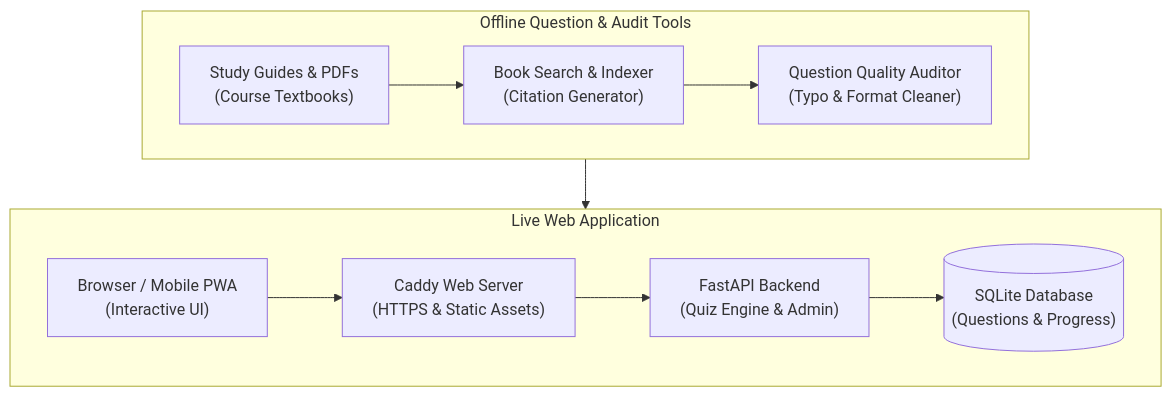
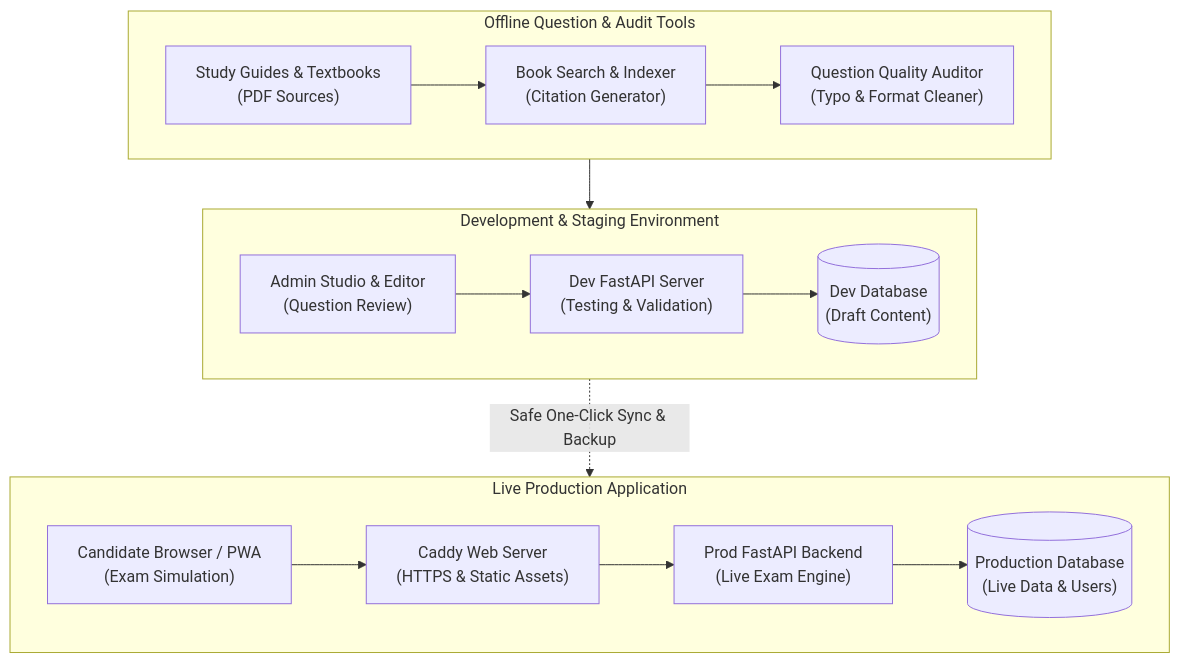
Before and after one commit to jyothisthaliath/omni-quiz: the diagram in README.md, drawn with Mermaid.

Commit message:
Add DEV staging environment and sync pipeline to architecture diagram

````diff
--- a/README.md
+++ b/README.md
@@ -187,12 +187,19 @@
 ```mermaid
 flowchart TB
-    subgraph App["Live Web Application"]
+    subgraph Dev["Development & Staging Environment"]
         direction LR
-        Client["Browser / Mobile PWA<br/>(Interactive UI)"] --> Proxy["Caddy Web Server<br/>(HTTPS & Static Assets)"] --> Server["FastAPI Backend<br/>(Quiz Engine & Admin)"] --> DB[("SQLite Database<br/>(Questions & Progress)")]
+        Admin["Admin Studio & Editor<br/>(Question Review)"] --> DevServer["Dev FastAPI Server<br/>(Testing & Validation)"] --> DevDB[("Dev Database<br/>(Draft Content)")]
     end
 
     subgraph Tools["Offline Question & Audit Tools"]
         direction LR
-        Sources["Study Guides & PDFs<br/>(Course Textbooks)"] --> Indexer["Book Search & Indexer<br/>(Citation Generator)"] --> Auditor["Question Quality Auditor<br/>(Typo & Format Cleaner)"] --> DB
+        Sources["Study Guides & Textbooks<br/>(PDF Sources)"] --> Indexer["Book Search & Indexer<br/>(Citation Generator)"] --> Auditor["Question Quality Auditor<br/>(Typo & Format Cleaner)"] --> DevDB
     end
+
+    subgraph Prod["Live Production Application"]
+        direction LR
+        Candidate["Candidate Browser / PWA<br/>(Exam Simulation)"] --> Proxy["Caddy Web Server<br/>(HTTPS & Static Assets)"] --> ProdServer["Prod FastAPI Backend<br/>(Live Exam Engine)"] --> ProdDB[("Production Database<br/>(Live Data & Users)")]
+    end
+
+    DevDB -.->|Safe One-Click Sync & Backup| ProdDB
 ```
````
